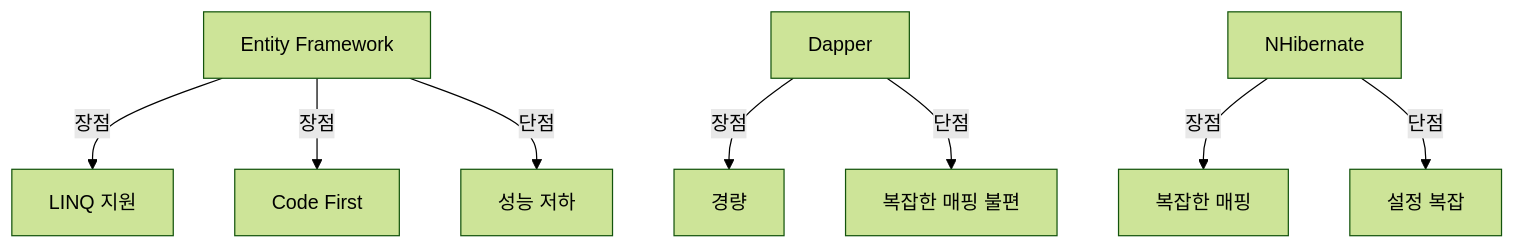
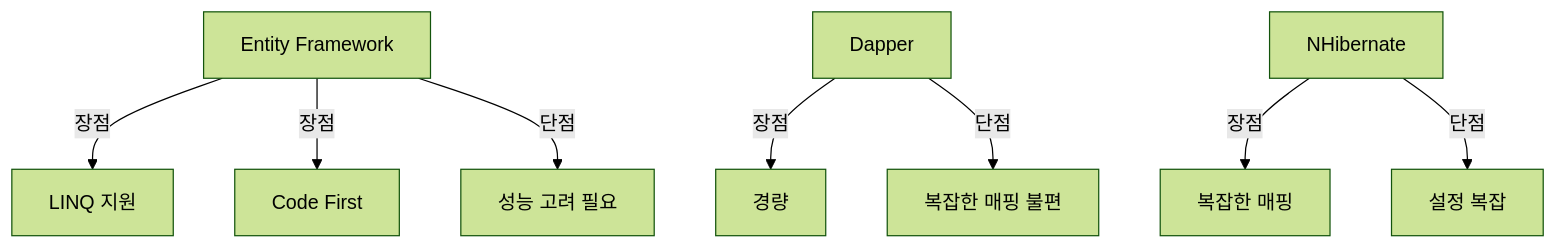
Before and after one commit to 42jerrykim/42jerrykim.github.io: the seventh of 9 diagrams in content/post/2024/2024-09-09-entity-framework/index.md, drawn with Mermaid (forest theme). The commit also changed other lines of this file and 239 other files, not shown here.

````diff
--- a/content/post/2024/2024-09-09-entity-framework/index.md
+++ b/content/post/2024/2024-09-09-entity-framework/index.md
@@ -724,10 +463,20 @@
 ```mermaid
-graph TD;
-    A[Entity Framework] -->|장점| B[LINQ 지원]
-    A -->|장점| C[Code First]
-    A -->|단점| D[성능 저하]
-    E[Dapper] -->|장점| F[경량]
-    E -->|단점| G[복잡한 매핑 불편]
-    H[NHibernate] -->|장점| I[복잡한 매핑]
-    H -->|단점| J[설정 복잡]
+graph TD
+    Ef["Entity Framework"]
+    EfPros1["LINQ 지원"]
+    EfPros2["Code First"]
+    EfCons["성능 고려 필요"]
+    Dapper["Dapper"]
+    DapperPros["경량"]
+    DapperCons["복잡한 매핑 불편"]
+    Nhibernate["NHibernate"]
+    NhPros["복잡한 매핑"]
+    NhCons["설정 복잡"]
+    Ef -->|"장점"| EfPros1
+    Ef -->|"장점"| EfPros2
+    Ef -->|"단점"| EfCons
+    Dapper -->|"장점"| DapperPros
+    Dapper -->|"단점"| DapperCons
+    Nhibernate -->|"장점"| NhPros
+    Nhibernate -->|"단점"| NhCons
 ```
````
